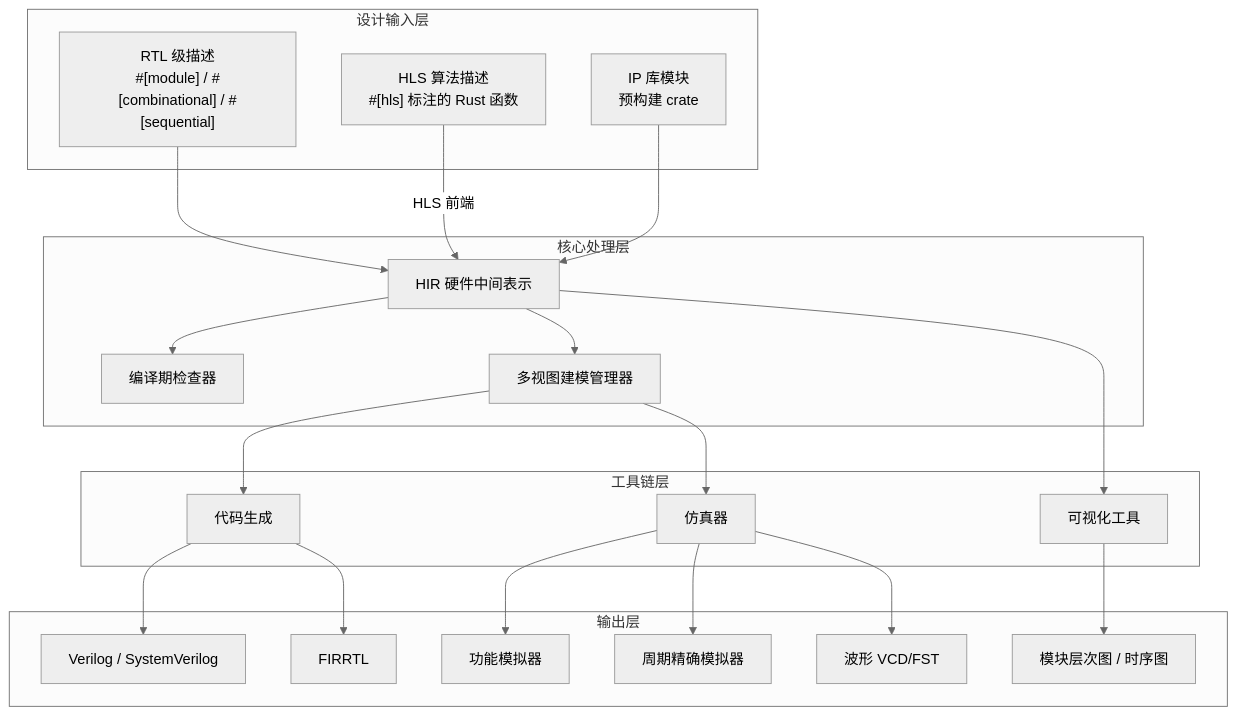
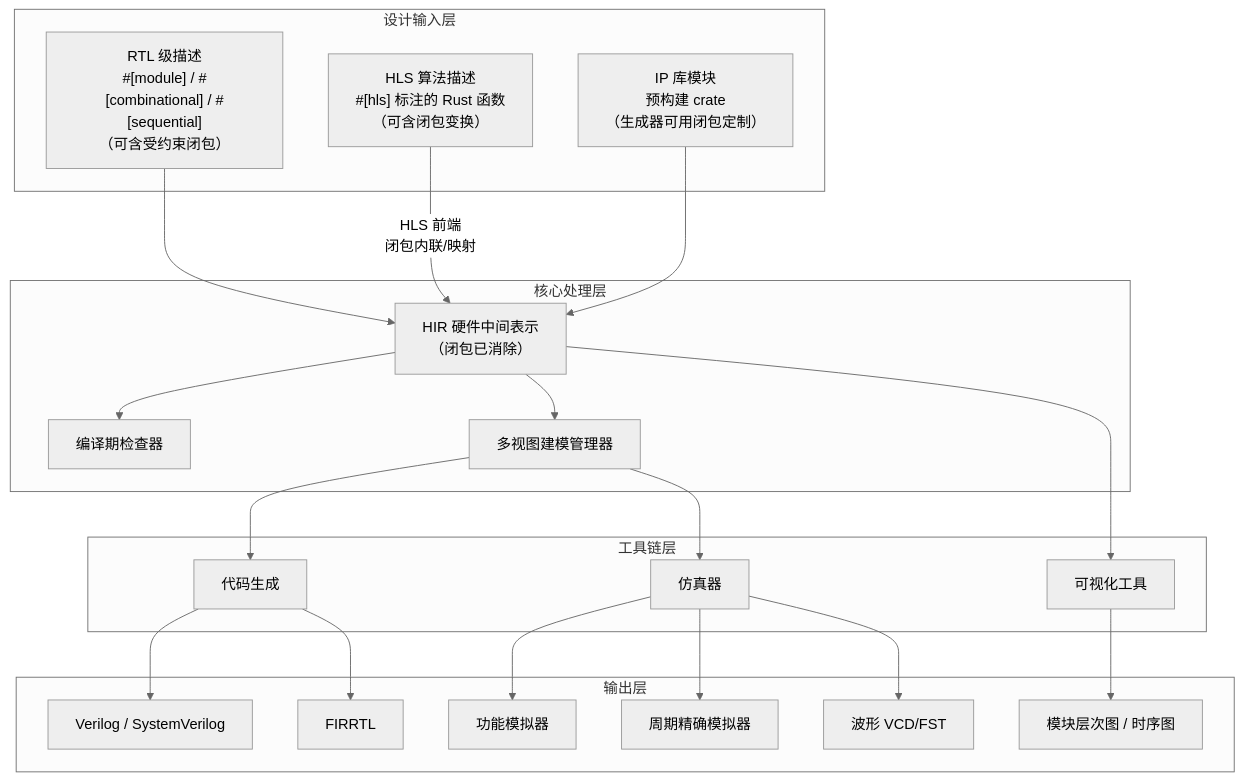
The first of 17 diagrams in docs/requirements/17. 扩展功能整合.md (TangCan/bitloom), drawn with Mermaid (neutral theme) before and after one commit. The commit also changed other lines of this file and 17 other files, not shown here.

````diff
--- a/docs/requirements/17. 扩展功能整合.md
+++ b/docs/requirements/17. 扩展功能整合.md
@@ -11,45 +11,44 @@
 ```mermaid
 flowchart TB
     subgraph 设计输入层
-        RTL["RTL 级描述<br>#[module] / #[combinational] / #[sequential]"]
-        HLS["HLS 算法描述<br>#[hls] 标注的 Rust 函数"]
-        IP[IP 库模块<br>预构建 crate]
+        RTL["RTL 级描述<br>#[module] / #[combinational] / #[sequential]<br>（可含受约束闭包）"]
+        HLS["HLS 算法描述<br>#[hls] 标注的 Rust 函数<br>（可含闭包变换）"]
+        IP["IP 库模块<br>预构建 crate<br>（生成器可用闭包定制）"]
     end
 
     subgraph 核心处理层
-        HIR[HIR 硬件中间表示]
+        HIR[HIR 硬件中间表示<br>（闭包已消除）]
         Check[编译期检查器]
         MView[多视图建模管理器]
     end
 
     subgraph 工具链层
         Generate[代码生成]
         Sim[仿真器]
         Visual[可视化工具]
     end
 
     subgraph 输出层
         Verilog[Verilog / SystemVerilog]
         FIRRTL[FIRRTL]
         FSim[功能模拟器]
         CSim[周期精确模拟器]
         Wave[波形 VCD/FST]
         Diagrams[模块层次图 / 时序图]
     end
 
     RTL --> HIR
-    HLS -->|HLS 前端| HIR
+    HLS -->|HLS 前端<br>闭包内联/映射| HIR
     IP --> HIR
     HIR --> Check
     HIR --> MView
     MView --> Generate
     MView --> Sim
     HIR --> Visual
     Generate --> Verilog
     Generate --> FIRRTL
     Sim --> FSim
     Sim --> CSim
     Sim --> Wave
     Visual --> Diagrams
-
 ```
````
